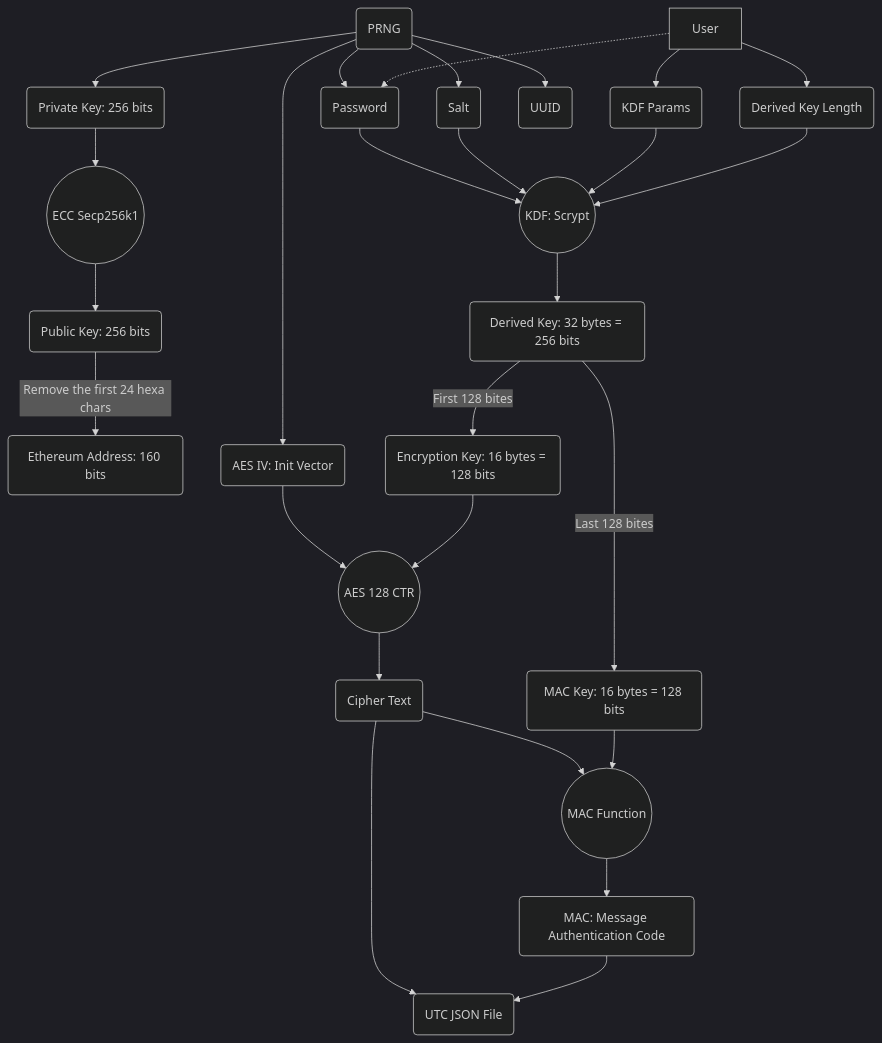
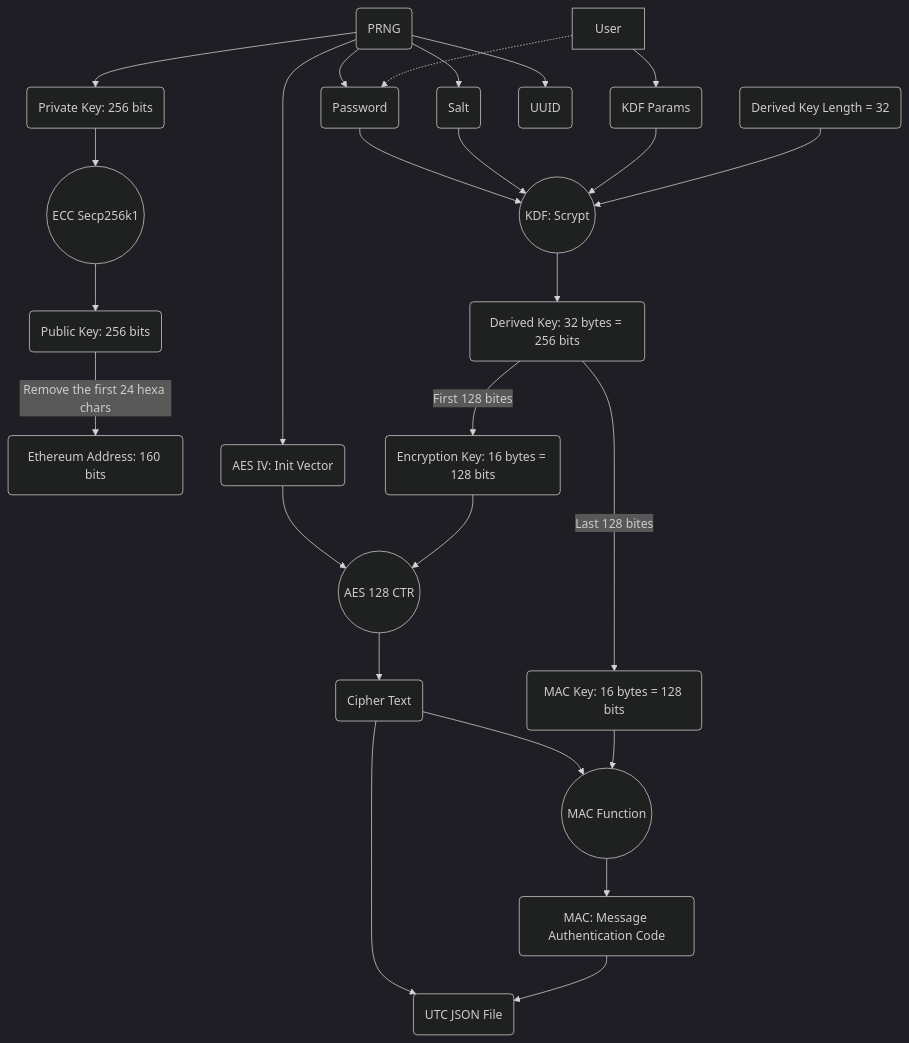
The diagram in wallet/how_generate_utc_file_simplified.mermaid (VISCHub/ether-examples), drawn with Mermaid (dark theme) before and after one commit. The commit also changed 2 other files, not shown here.

```diff
--- a/wallet/how_generate_utc_file_simplified.mermaid
+++ b/wallet/how_generate_utc_file_simplified.mermaid
@@ -1,50 +1,49 @@
 graph TB
 
 PRNG(PRNG)
 User[User]
 Priv(Private Key: 256 bits)
 Pub(Public Key: 256 bits)
 Addr(Ethereum Address: 160 bits)
 ECC((ECC Secp256k1))
 KDF((KDF: Scrypt))
 Pwd(Password)
 Salt(Salt)
 KdfParams(KDF Params)
 UUID(UUID)
-DkLen(Derived Key Length)
+DkLen(Derived Key Length = 32)
 UTCFile(UTC JSON File)
 AES((AES 128 CTR))
 AES_IV(AES IV: Init Vector)
 MAC(MAC: Message Authentication Code)
 DerivedKey(Derived Key: 32 bytes = 256 bits)
 EncKey(Encryption Key: 16 bytes = 128 bits)
 MacKey(MAC Key: 16 bytes = 128 bits)
 CipherText(Cipher Text)
 MacFunc((MAC Function))
 
 PRNG --> Priv;
 PRNG --> Pwd;
 PRNG --> Salt;
 User -.-> Pwd;
 User --> KdfParams;
 PRNG --> UUID;
 Priv --> ECC;
 ECC --> Pub;
 Pub -->|Remove the first 24 hexa chars| Addr;
 Pwd --> KDF;
 Salt --> KDF;
 KdfParams --> KDF;
 DkLen --> KDF;
-User --> DkLen;
 AES_IV --> AES;
 PRNG --> AES_IV;
 KDF --> DerivedKey;
 DerivedKey -->|First 128 bites| EncKey;
 DerivedKey -->|Last 128 bites| MacKey;
 EncKey --> AES;
 AES --> CipherText;
 CipherText --> MacFunc;
 MacKey --> MacFunc;
 MacFunc --> MAC;
 CipherText --> UTCFile;
 MAC --> UTCFile;
```
